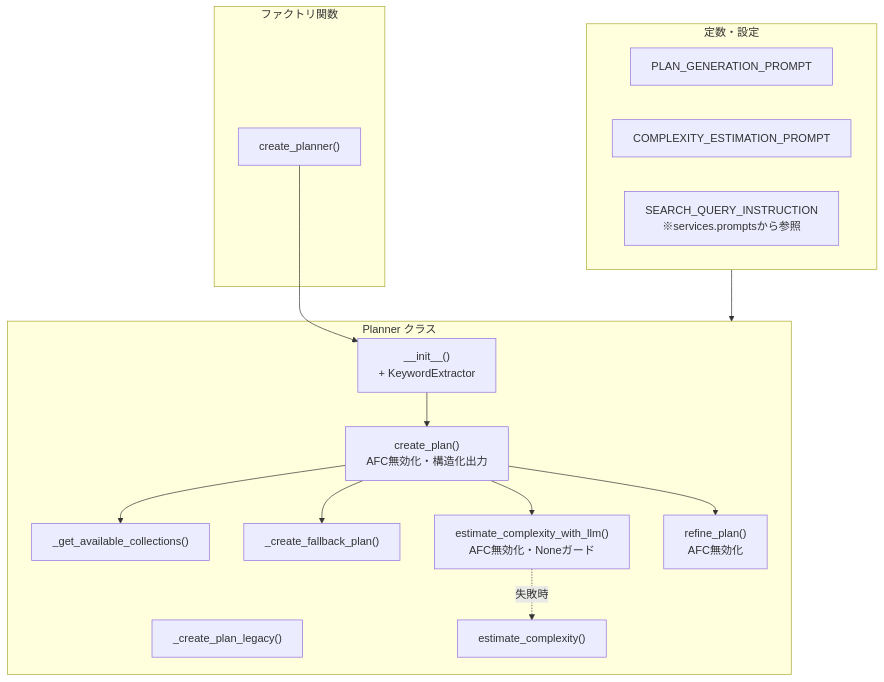
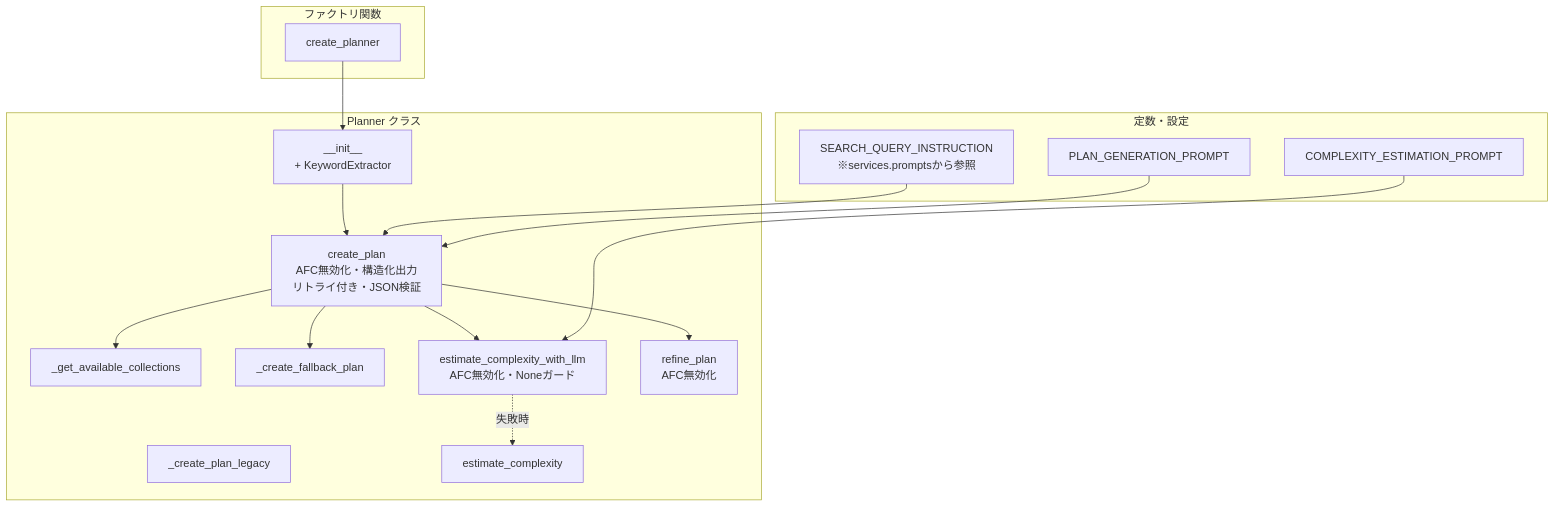
Before and after one commit to nakashima2toshio/gemini_grace_agent: the second of 3 diagrams in grace/doc/planner.md, drawn with Mermaid. The commit also changed other lines of this file and 17 other files, not shown here.

````diff
--- a/grace/doc/planner.md
+++ b/grace/doc/planner.md
@@ -127,32 +127,34 @@
 ```mermaid
 flowchart TB
     subgraph CONST["定数・設定"]
-        PROMPT[PLAN_GENERATION_PROMPT]
-        COMPLEXITY[COMPLEXITY_ESTIMATION_PROMPT]
-        SEARCH_INST[SEARCH_QUERY_INSTRUCTION\n※services.promptsから参照]
+        PROMPT["PLAN_GENERATION_PROMPT"]
+        COMPLEXITY_P["COMPLEXITY_ESTIMATION_PROMPT"]
+        SEARCH_INST["SEARCH_QUERY_INSTRUCTION<br/>※services.promptsから参照"]
     end
 
-    subgraph PLANNER["Planner クラス"]
-        INIT["__init__()\n+ KeywordExtractor"]
-        CREATE["create_plan()\nAFC無効化・構造化出力"]
-        LEGACY["_create_plan_legacy()"]
-        GET_COLL["_get_available_collections()"]
-        FALLBACK["_create_fallback_plan()"]
-        EST["estimate_complexity()"]
-        EST_LLM["estimate_complexity_with_llm()\nAFC無効化・Noneガード"]
-        REFINE["refine_plan()\nAFC無効化"]
+    subgraph PLANNER_CLS["Planner クラス"]
+        INIT["__init__<br/>+ KeywordExtractor"]
+        CREATE["create_plan<br/>AFC無効化・構造化出力<br/>リトライ付き・JSON検証"]
+        LEGACY["_create_plan_legacy"]
+        GET_COLL["_get_available_collections"]
+        FALLBACK["_create_fallback_plan"]
+        EST["estimate_complexity"]
+        EST_LLM["estimate_complexity_with_llm<br/>AFC無効化・Noneガード"]
+        REFINE["refine_plan<br/>AFC無効化"]
     end
 
     subgraph FACTORY_GRP["ファクトリ関数"]
-        CREATE_P["create_planner()"]
+        CREATE_P["create_planner"]
     end
 
-    CONST --> PLANNER
+    PROMPT --> CREATE
+    COMPLEXITY_P --> EST_LLM
+    SEARCH_INST --> CREATE
     CREATE_P --> INIT
     INIT --> CREATE
     CREATE --> EST_LLM
     CREATE --> GET_COLL
     CREATE --> FALLBACK
-    EST_LLM -.->|失敗時| EST
+    EST_LLM -.-> |"失敗時"| EST
     CREATE --> REFINE
 ```
````
